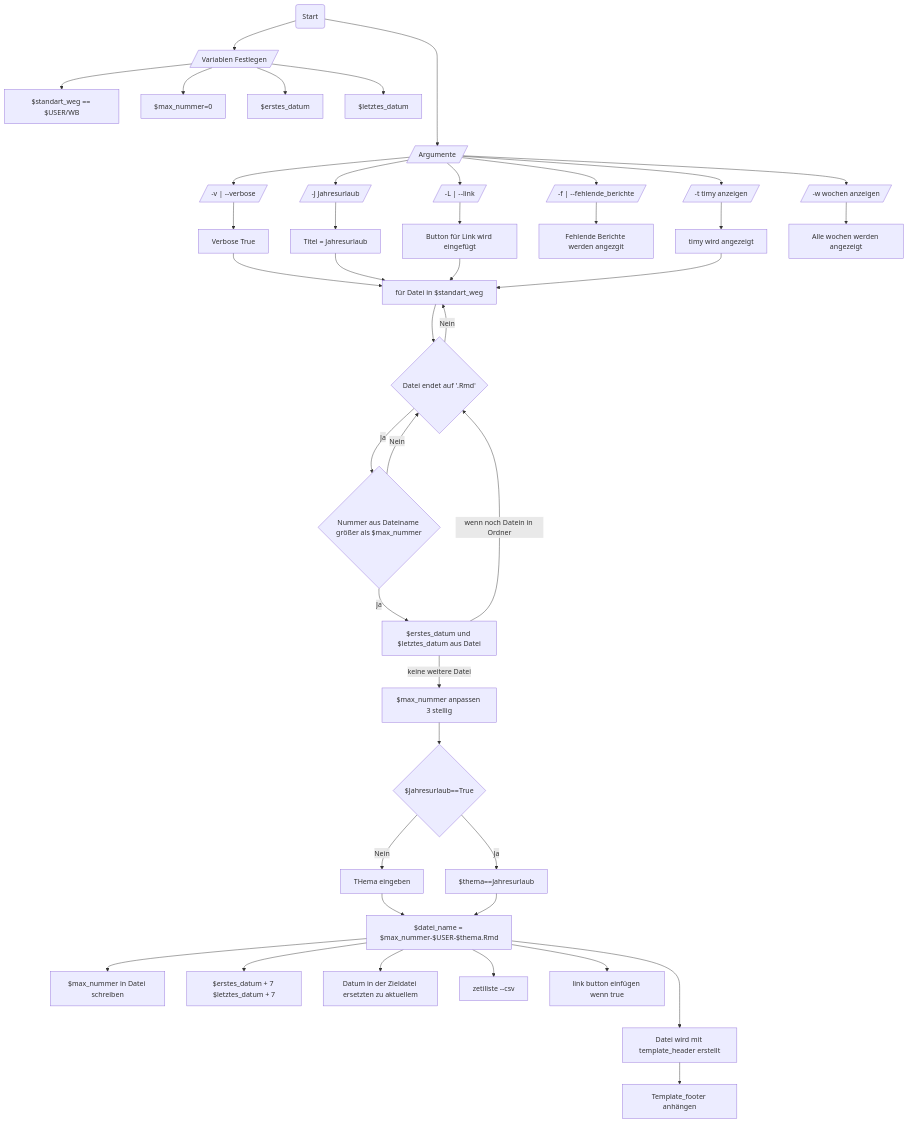
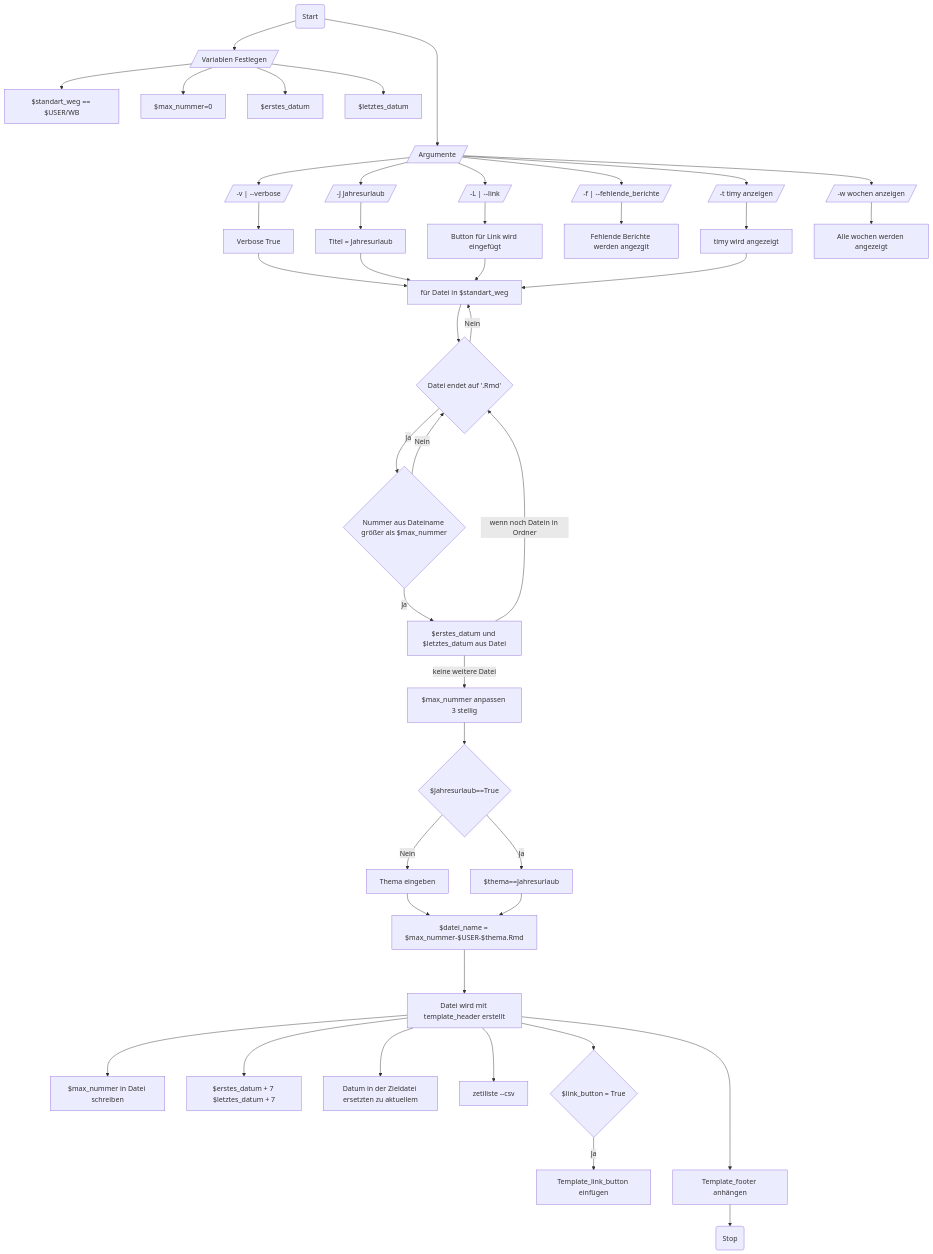
Before and after one commit to jethi05/nobrainer: the diagram in README.md, drawn with Mermaid.

````diff
--- a/README.md
+++ b/README.md
@@ -3,45 +3,79 @@
 ```mermaid
 flowchart TB
     A(Start) ----> B[/ Argumente /]
         A --> AA[/ Variablen Festlegen /]
             AA --> AAA[$standart_weg == $USER/WB]
             AA --> AAB[$max_nummer=0]
             AA --> AAC[$erstes_datum]
             AA --> AAD[$letztes_datum]
     B --> BA[/ -v | --verbose /]
         BA -->BAA[Verbose True]
         BAA --> C
     B --> BB[/ -J Jahresurlaub /]
         BB --> BBA[Titel = Jahresurlaub]
         BBA --> C
     B --> BC[/ -L | --link /]
         BC --> BCA[Button für Link wird eingefügt]
         BCA --> C
     B --> BE[/ -f | --fehlende_berichte /]
         BE --> BEA[Fehlende Berichte werden angezgit]
     B --> BF[/ -t timy anzeigen /]
         BF --> BFA[timy wird angezeigt]
         BFA --> C
     B --> BG[/ -w wochen anzeigen /]
         BG --> BGA[Alle wochen werden angezeigt]
     C[für Datei in $standart_weg] -->CA{Datei endet auf '.Rmd'}
         CA -->|Nein|C
         CA -->|Ja|CB{Nummer aus Dateiname größer als $max_nummer}
             CB -->|Nein|CA
             CB -->|Ja|CD[$erstes_datum und $letztes_datum aus Datei]
             CD -->| wenn noch Datein in Ordner|CA
             CD -->|keine weitere Datei|D[$max_nummer anpassen 3 stellig]
     D --> DA{$Jahresurlaub==True}
-        DA -->|Nein|DAA[THema eingeben]
-            DAA --> E
+        DA -->|Nein|DAA[Thema eingeben]
+            DAA --> DAC
         DA -->|Ja|DAB[$thema==Jahresurlaub]
-            DAB --> E[$datei_name = $max_nummer-$USER-$thema.Rmd]
-            E ---> EA[Datei wird mit template_header erstellt]
+            DAB --> DAC[$datei_name = $max_nummer-$USER-$thema.Rmd]
+            DAC ---> E[Datei wird mit template_header erstellt]
                 E --> EB[$max_nummer in Datei schreiben]
                 E --> EC[$erstes_datum + 7 $letztes_datum + 7]
                 E --> ED[Datum in der Zieldatei ersetzten zu aktuellem]
                 E --> EE[zetiliste --csv]
-                E --> EF[link button einfügen wenn true]
-            EA --> F[Template_footer anhängen]
-        F
+                E --> EF{$link_button = True}
+                    EF -->|Ja|EFA[Template_link_button einfügen]
+            E ---> F[Template_footer anhängen]
+        F -->G(Stop)
+
+
+
+
+
+
+
+
+
+
+
+
+
+
+
+
+
+
+
+
+
+
+
+
+
+
+
+
+
+
+
+
+
 ```
````
